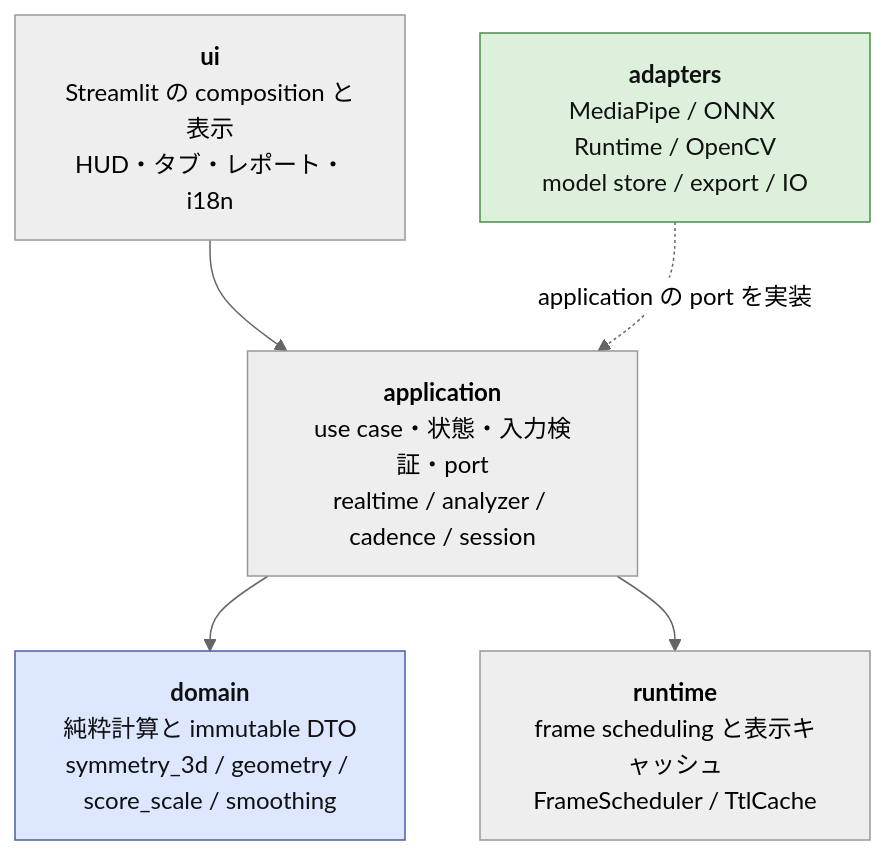
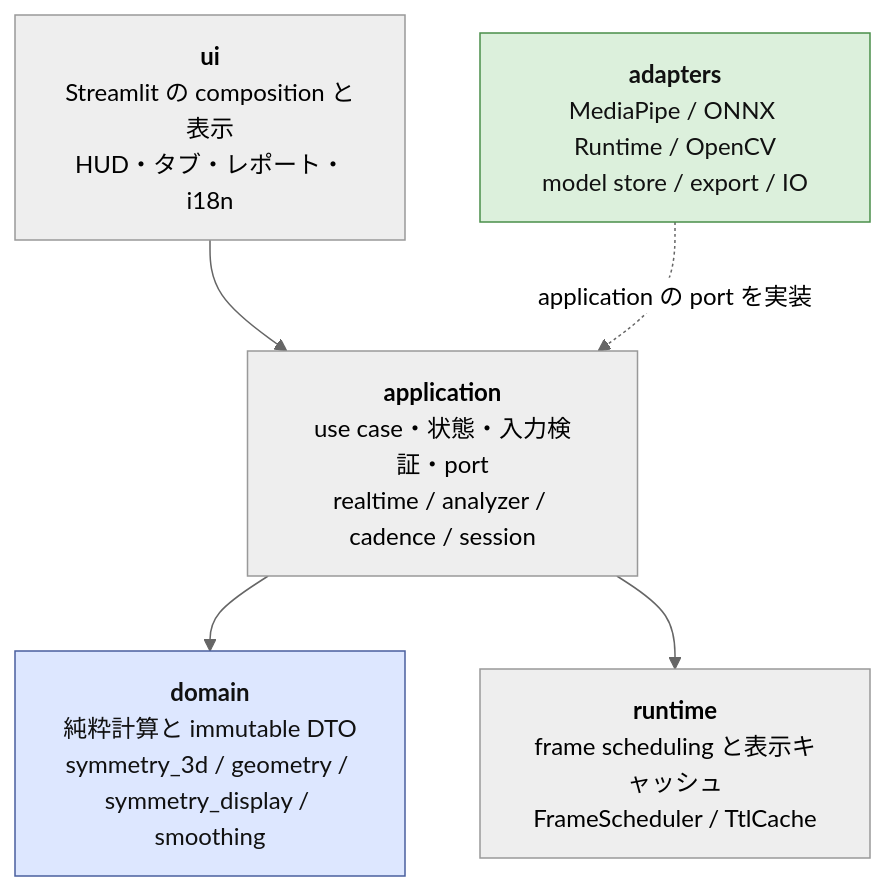
Before and after one commit to m5291091/fece-symmetry-lab: the first of 2 diagrams in README.md, drawn with Mermaid (neutral theme). The commit also changed other lines of this file and 1 other file, not shown here.

````diff
--- a/README.md
+++ b/README.md
@@ -66,16 +66,16 @@
 ```mermaid
 flowchart TD
     UI["<b>ui</b><br/>Streamlit の composition と表示<br/>HUD・タブ・レポート・i18n"]
     APP["<b>application</b><br/>use case・状態・入力検証・port<br/>realtime / analyzer / cadence / session"]
-    DOM["<b>domain</b><br/>純粋計算と immutable DTO<br/>symmetry_3d / geometry / score_scale / smoothing"]
+    DOM["<b>domain</b><br/>純粋計算と immutable DTO<br/>symmetry_3d / geometry / symmetry_display / smoothing"]
     RT["<b>runtime</b><br/>frame scheduling と表示キャッシュ<br/>FrameScheduler / TtlCache"]
     ADP["<b>adapters</b><br/>MediaPipe / ONNX Runtime / OpenCV<br/>model store / export / IO"]
 
     UI --> APP
     APP --> DOM
     APP --> RT
     ADP -.->|"application の port を実装"| APP
 
     style DOM fill:#dde7ff,stroke:#4a5f9e,color:#111
     style ADP fill:#dcf0dc,stroke:#4a8f4a,color:#111
 ```
````
